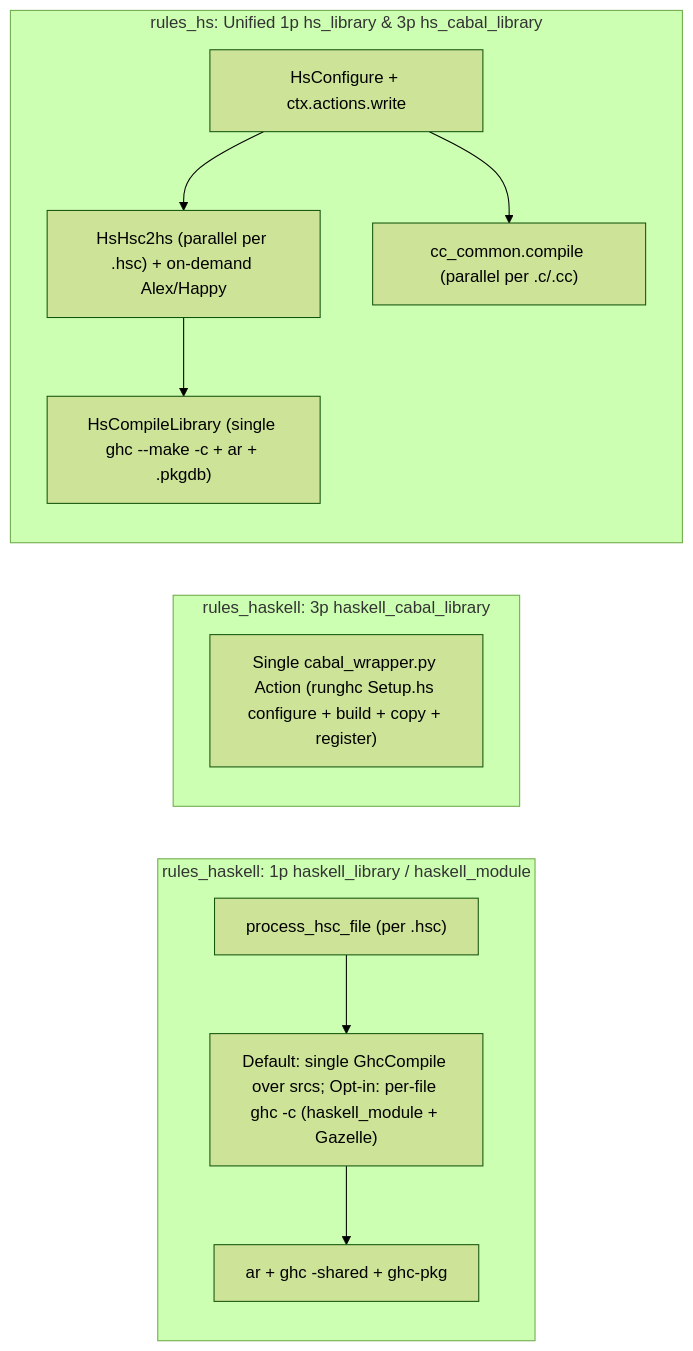
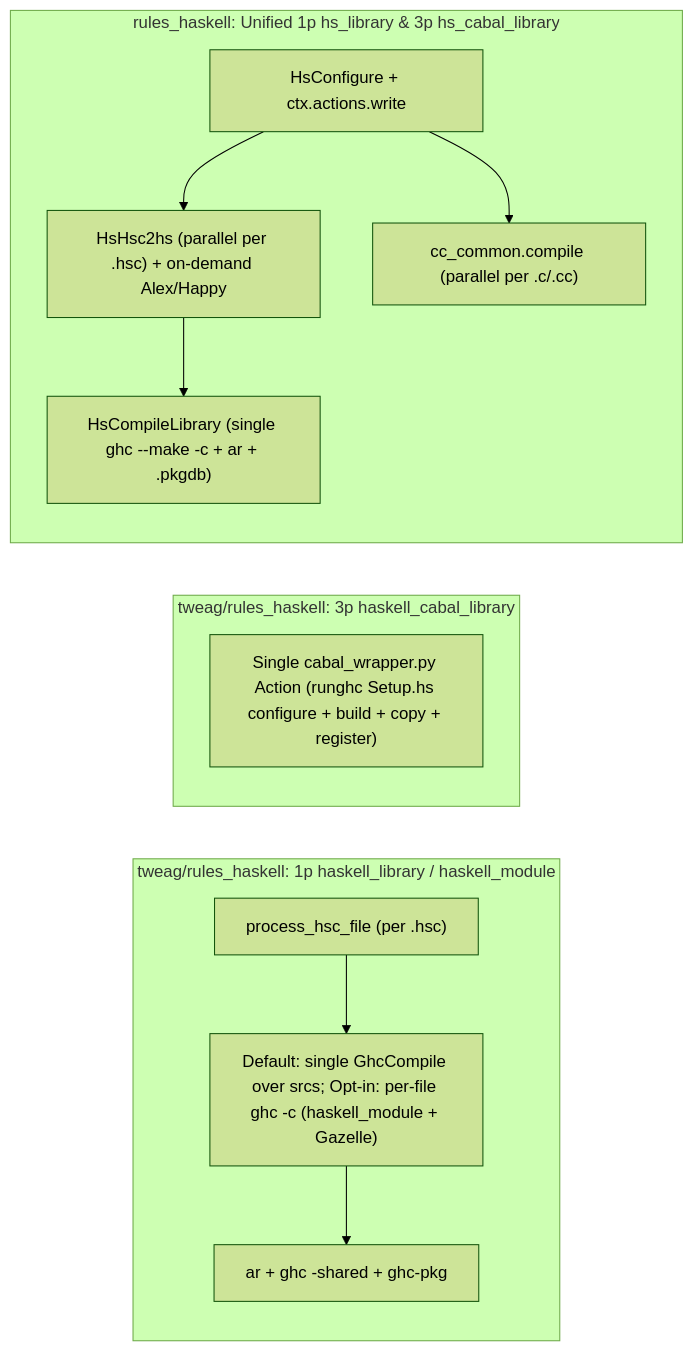
One commit to kaycebasques/hs changed the second of 3 diagrams in docs/content/internals/rulesets-comparison.md. Above: the diagram before and after it, drawn with Mermaid (forest theme). The commit also changed other lines of this file and 110 other files, not shown here.

Commit message:
refactor: rename project from rules_hs to rules_haskell

````diff
--- a/docs/content/internals/rulesets-comparison.md
+++ b/docs/content/internals/rulesets-comparison.md
@@ -112,17 +112,17 @@
 ```mermaid
 flowchart LR
-    subgraph RH1["rules_haskell: 1p haskell_library / haskell_module"]
+    subgraph RH1["tweag/rules_haskell: 1p haskell_library / haskell_module"]
         RH_HSC["process_hsc_file (per .hsc)"] --> RH_GHC["Default: single GhcCompile over srcs; Opt-in: per-file ghc -c (haskell_module + Gazelle)"]
         RH_GHC --> RH_AR["ar + ghc -shared + ghc-pkg"]
     end
 
-    subgraph RH3["rules_haskell: 3p haskell_cabal_library"]
+    subgraph RH3["tweag/rules_haskell: 3p haskell_cabal_library"]
         RH_CAB["Single cabal_wrapper.py Action (runghc Setup.hs configure + build + copy + register)"]
     end
 
-    subgraph RHS_UNI["rules_hs: Unified 1p hs_library & 3p hs_cabal_library"]
+    subgraph RHS_UNI["rules_haskell: Unified 1p hs_library & 3p hs_cabal_library"]
         S1["HsConfigure + ctx.actions.write"] --> S3["HsHsc2hs (parallel per .hsc) + on-demand Alex/Happy"]
         S1 --> S4["cc_common.compile (parallel per .c/.cc)"]
         S3 --> S5["HsCompileLibrary (single ghc --make -c + ar + .pkgdb)"]
     end
 ```
````
